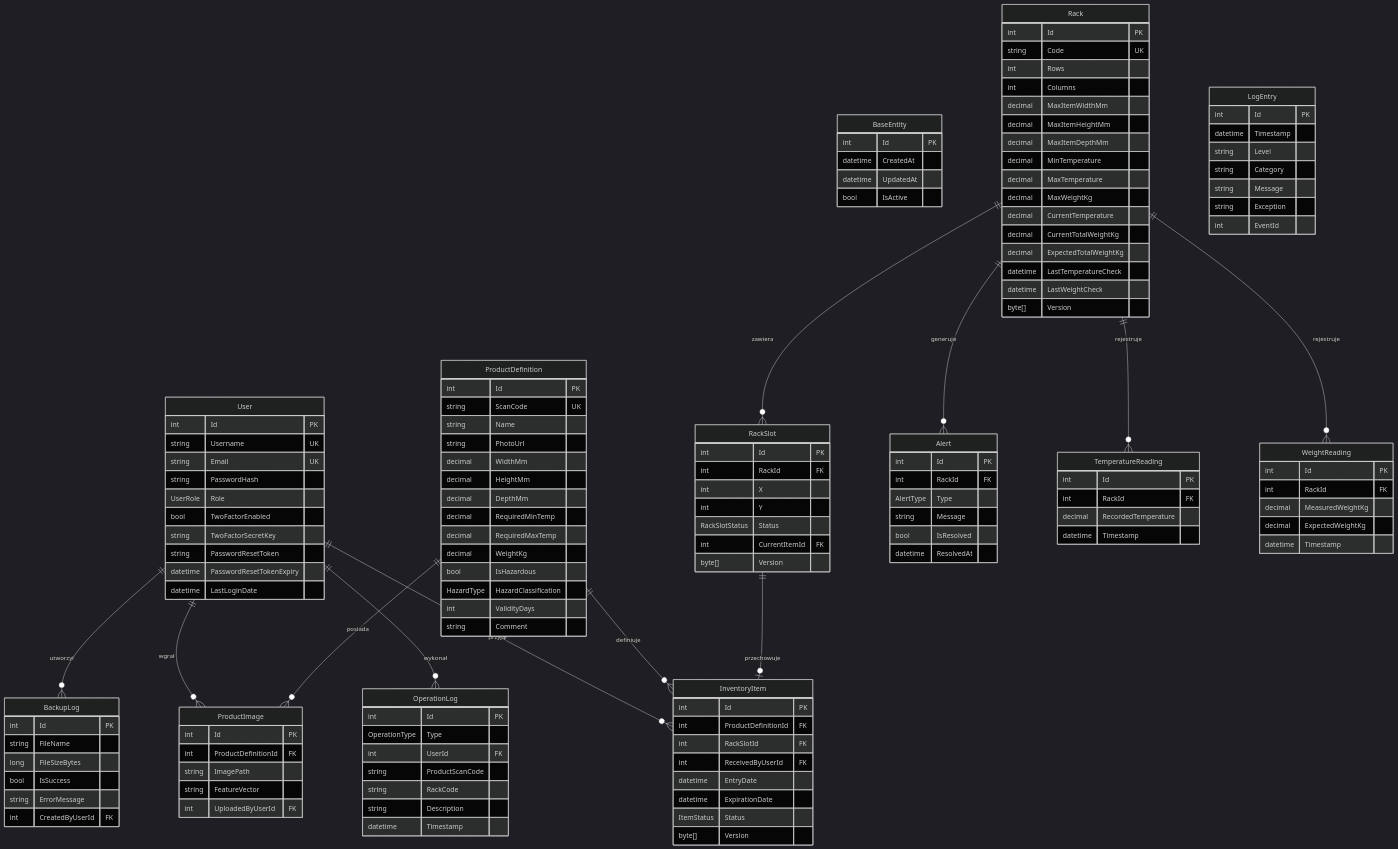
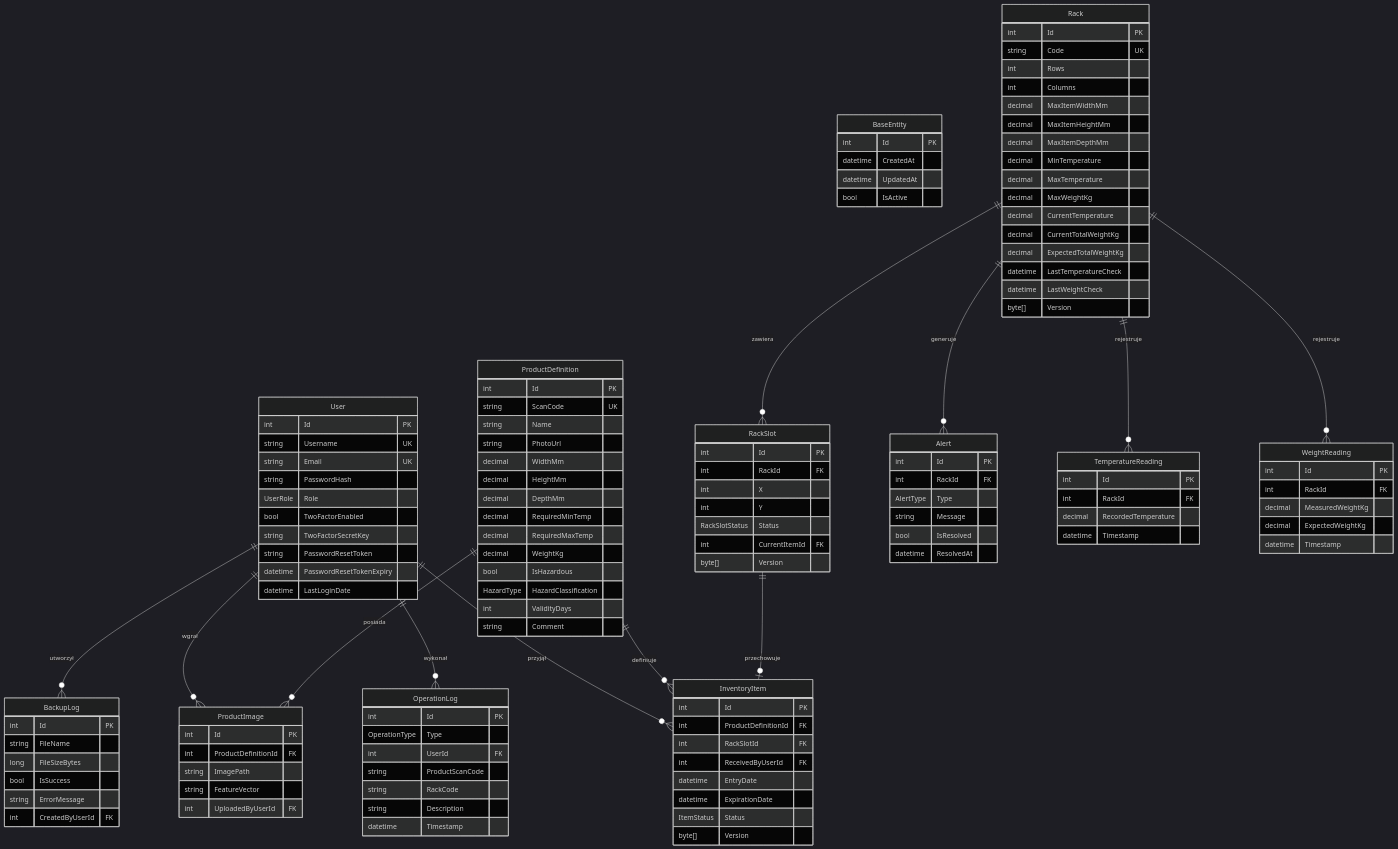
One commit to TOK7O/Faraday changed the second of 2 diagrams in dokumentacja_techniczna.md. Above: the diagram before and after it, drawn with Mermaid (dark theme). The commit also changed other lines of this file, not shown here.

```diff
--- a/dokumentacja_techniczna.md
+++ b/dokumentacja_techniczna.md
@@ -215,16 +215,6 @@
         int UploadedByUserId FK
     }
 
-    LogEntry {
-        int Id PK
-        datetime Timestamp
-        string Level
-        string Category
-        string Message
-        string Exception
-        int EventId
-    }
-
     User ||--o{ InventoryItem : "przyjął"
     User ||--o{ OperationLog : "wykonał"
     User ||--o{ BackupLog : "utworzył"
```
